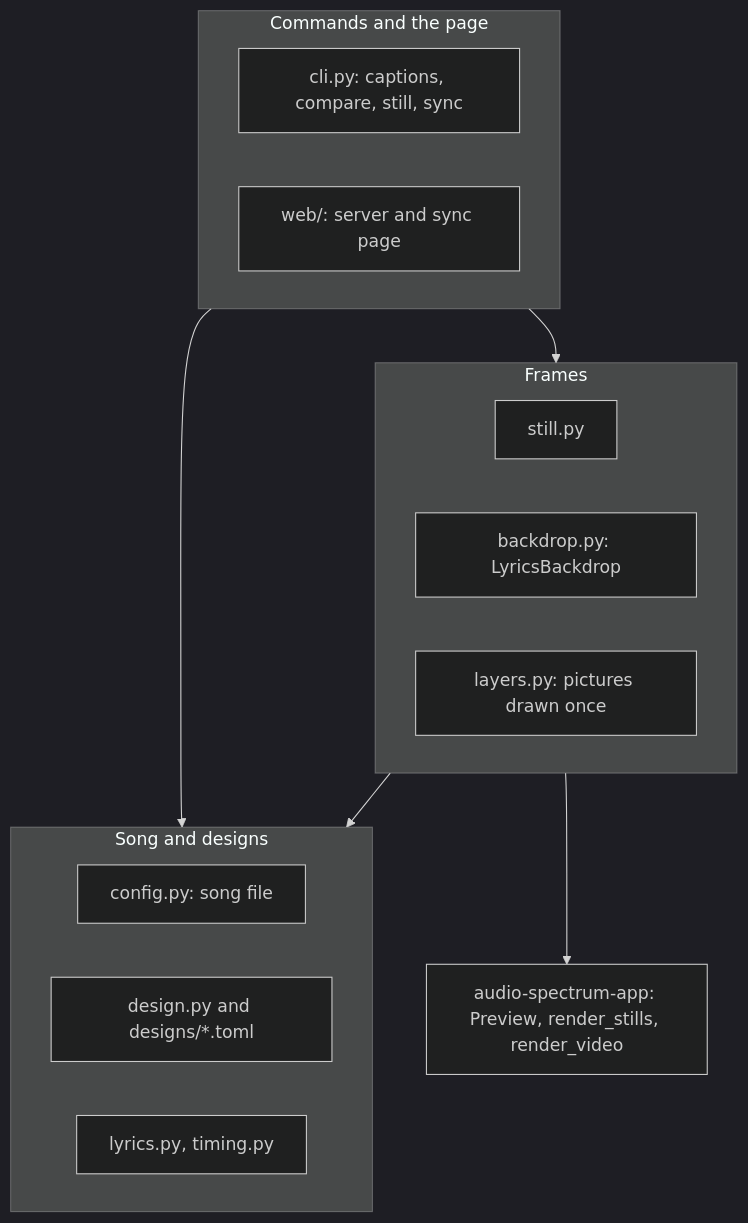
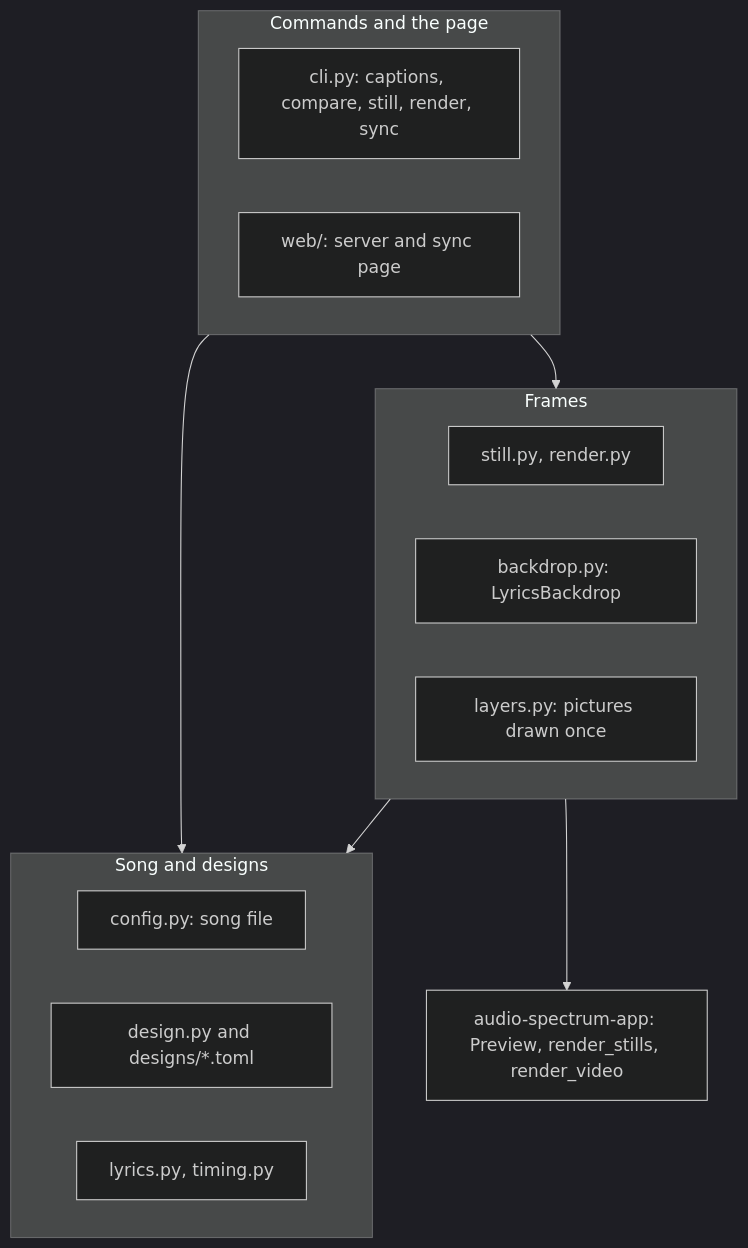
Before and after one commit to musica-sanare/lyrics-video-app: the first of 3 diagrams in docs/en/ARCHITECTURE.md, drawn with Mermaid (dark theme). The commit also changed other lines of this file and 14 other files, not shown here.

````diff
--- a/docs/en/ARCHITECTURE.md
+++ b/docs/en/ARCHITECTURE.md
@@ -14,22 +14,22 @@
 ```mermaid
 flowchart TB
   subgraph commands["Commands and the page"]
-    cli["cli.py: captions, compare, still, sync"]
+    cli["cli.py: captions, compare, still, render, sync"]
     web["web/: server and sync page"]
   end
   subgraph frames["Frames"]
-    still["still.py"]
+    still["still.py, render.py"]
     backdrop["backdrop.py: LyricsBackdrop"]
     layers["layers.py: pictures drawn once"]
   end
   subgraph inputs["Song and designs"]
     config["config.py: song file"]
     design["design.py and designs/*.toml"]
     text["lyrics.py, timing.py"]
   end
   spectrum["audio-spectrum-app: Preview, render_stills, render_video"]
   commands --> frames
   commands --> inputs
   frames --> inputs
   frames --> spectrum
 ```
````
